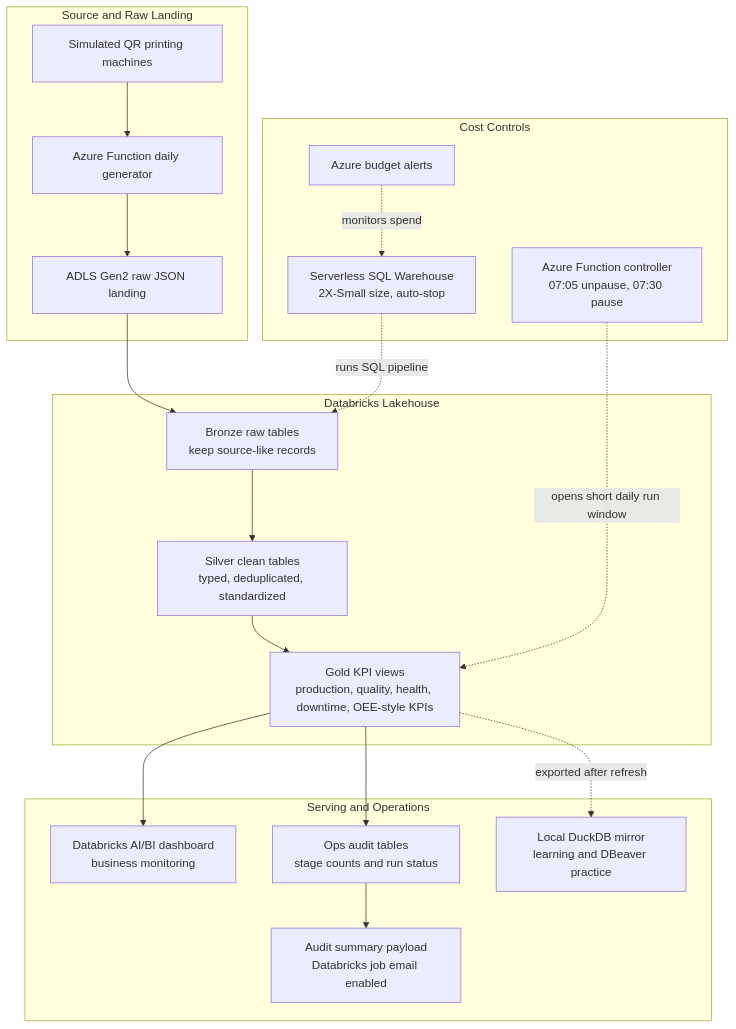
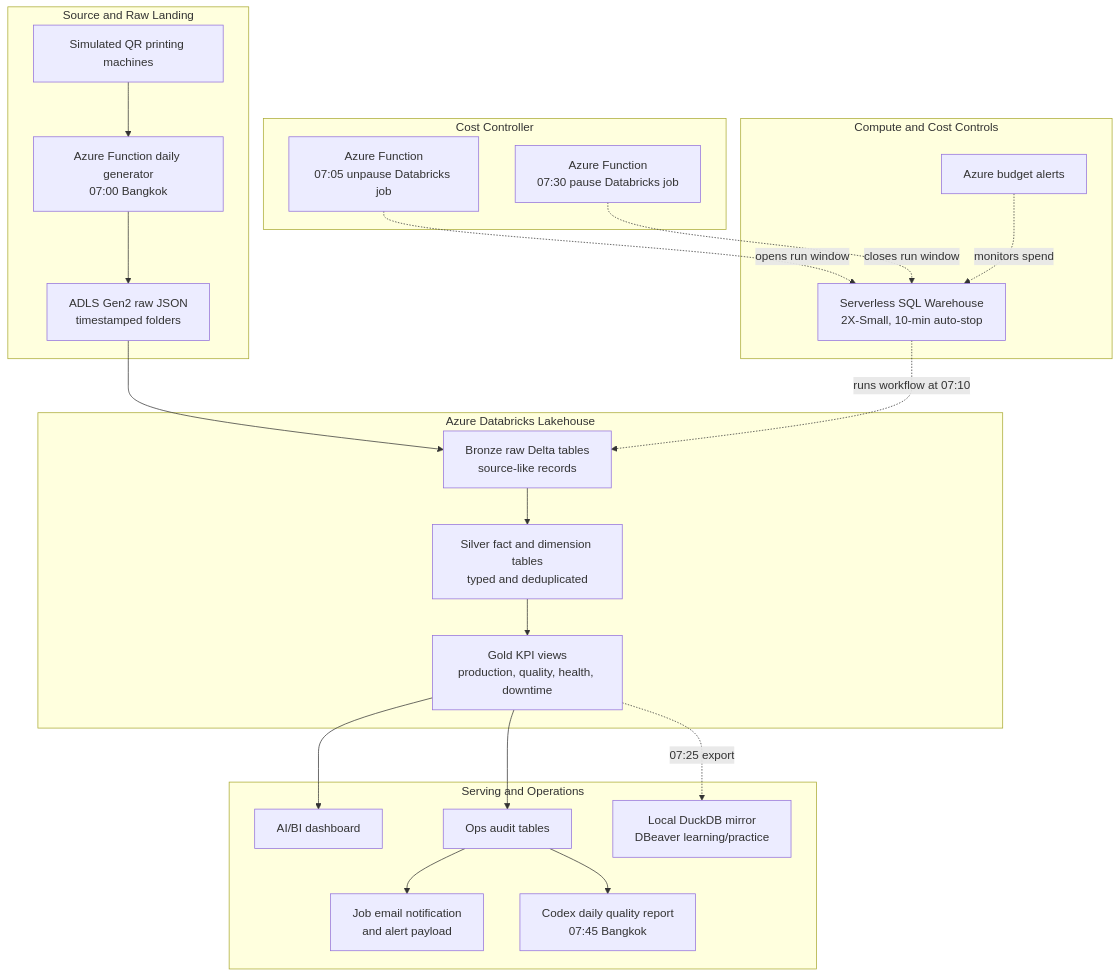
One commit to Tuaaut/Azure-Databrick-SQLDashboard-Project1 changed the diagram in README.md. Above: the diagram before and after it, drawn with Mermaid. The commit also changed other lines of this file, not shown here.

Commit message:
Polish README landing page

````diff
--- a/README.md
+++ b/README.md
@@ -20,36 +47,43 @@
 ```mermaid
 flowchart TB
     subgraph Source["Source and Raw Landing"]
         A["Simulated QR printing machines"]
-        B["Azure Function daily generator"]
-        C["ADLS Gen2 raw JSON landing"]
+        B["Azure Function daily generator<br/>07:00 Bangkok"]
+        C["ADLS Gen2 raw JSON<br/>timestamped folders"]
         A --> B --> C
     end
 
-    subgraph Lakehouse["Databricks Lakehouse"]
-        D["Bronze raw tables<br/>keep source-like records"]
-        E["Silver clean tables<br/>typed, deduplicated, standardized"]
-        F["Gold KPI views<br/>production, quality, health, downtime, OEE-style KPIs"]
+    subgraph Controller["Cost Controller"]
+        X["Azure Function<br/>07:05 unpause Databricks job"]
+        Y["Azure Function<br/>07:30 pause Databricks job"]
+    end
+
+    subgraph Lakehouse["Azure Databricks Lakehouse"]
+        D["Bronze raw Delta tables<br/>source-like records"]
+        E["Silver fact and dimension tables<br/>typed and deduplicated"]
+        F["Gold KPI views<br/>production, quality, health, downtime"]
         C --> D --> E --> F
     end
 
     subgraph Serving["Serving and Operations"]
-        G["Databricks AI/BI dashboard<br/>business monitoring"]
-        H["Ops audit tables<br/>stage counts and run status"]
-        I["Audit summary payload<br/>Databricks job email enabled"]
-        M["Local DuckDB mirror<br/>learning and DBeaver practice"]
+        G["AI/BI dashboard"]
+        H["Ops audit tables"]
+        I["Job email notification<br/>and alert payload"]
+        M["Local DuckDB mirror<br/>DBeaver learning/practice"]
+        Q["Codex daily quality report<br/>07:45 Bangkok"]
         F --> G
         F --> H --> I
-        F -. exported after refresh .-> M
+        F -. 07:25 export .-> M
+        H --> Q
     end
 
-    subgraph Cost["Cost Controls"]
-        J["Serverless SQL Warehouse<br/>2X-Small size, auto-stop"]
-        K["Azure Function controller<br/>07:05 unpause, 07:30 pause"]
+    subgraph Compute["Compute and Cost Controls"]
+        J["Serverless SQL Warehouse<br/>2X-Small, 10-min auto-stop"]
         L["Azure budget alerts"]
     end
 
-    J -. runs SQL pipeline .-> D
-    K -. opens short daily run window .-> F
+    X -. opens run window .-> J
+    J -. runs workflow at 07:10 .-> D
+    Y -. closes run window .-> J
     L -. monitors spend .-> J
 ```
````
